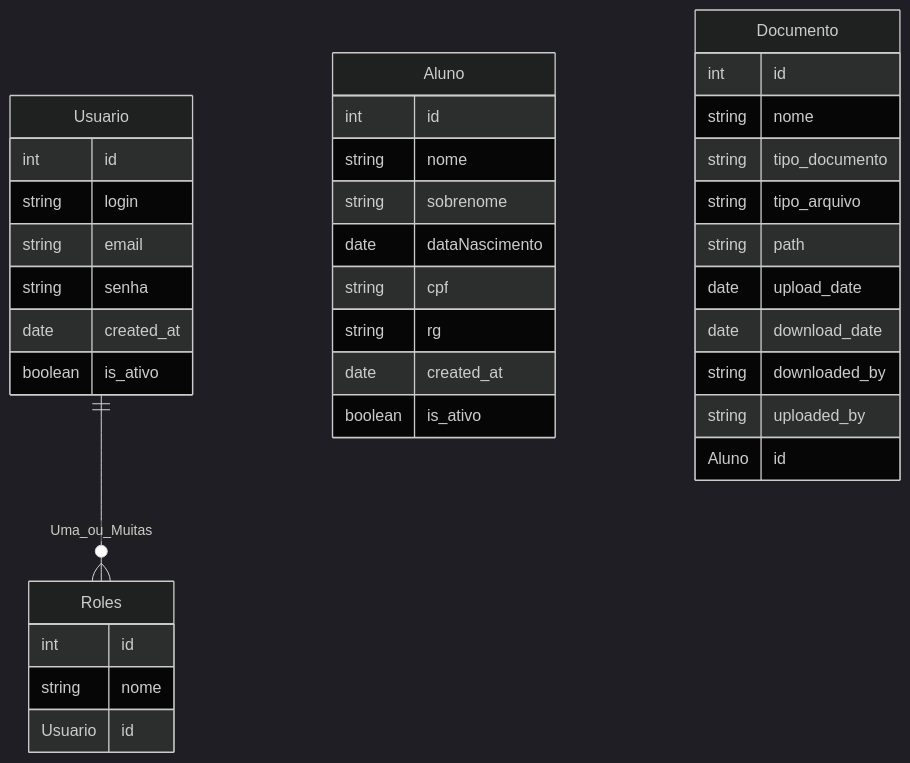
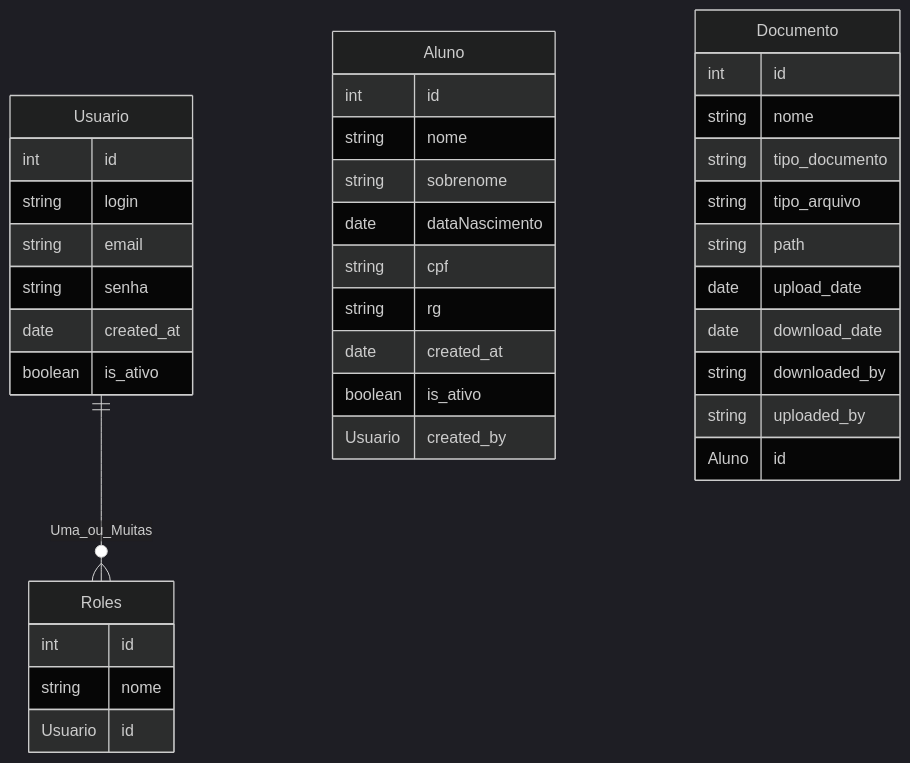
One commit to GED-Extensao-ADS-4/ged-app changed the third of 3 diagrams in README.md. Above: the diagram before and after it, drawn with Mermaid (dark theme).

Commit message:
Docs: alterar estrutura aluno

````diff
--- a/README.md
+++ b/README.md
@@ -208,40 +208,41 @@
 ``` mermaid
 erDiagram
 	Usuario ||--o{ Roles : Uma_ou_Muitas
     Usuario {
 	    int id
       string login
       string email
       string senha
       date created_at
       boolean is_ativo
     }
     Roles {
 	    int id
 	    string nome
 	    Usuario id
     }
     Aluno {
 	    int id
       string nome
       string sobrenome
       date dataNascimento
       string cpf
       string rg
       date created_at
       boolean is_ativo
+      Usuario created_by
     }
 
    Documento {
 	    int id
 	    string nome
 	    string tipo_documento
 	    string tipo_arquivo
 	    string path
 	    date upload_date
 	    date download_date
 	    string downloaded_by
 	    string uploaded_by
 	    Aluno id
    }
 ```
````
